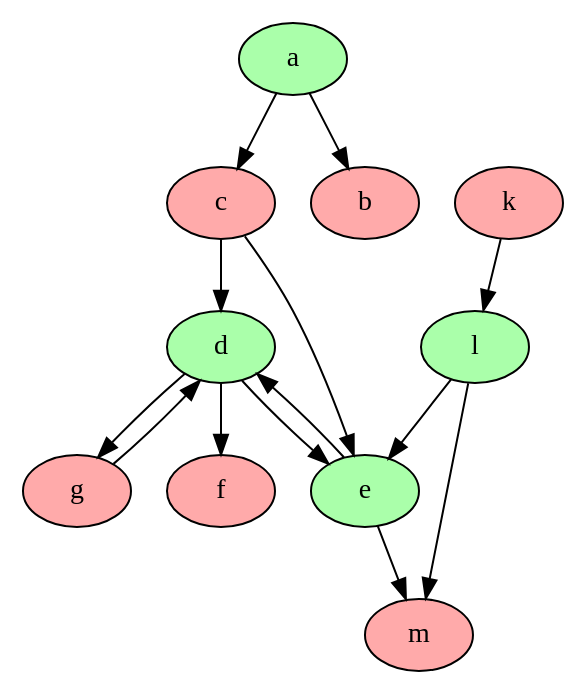
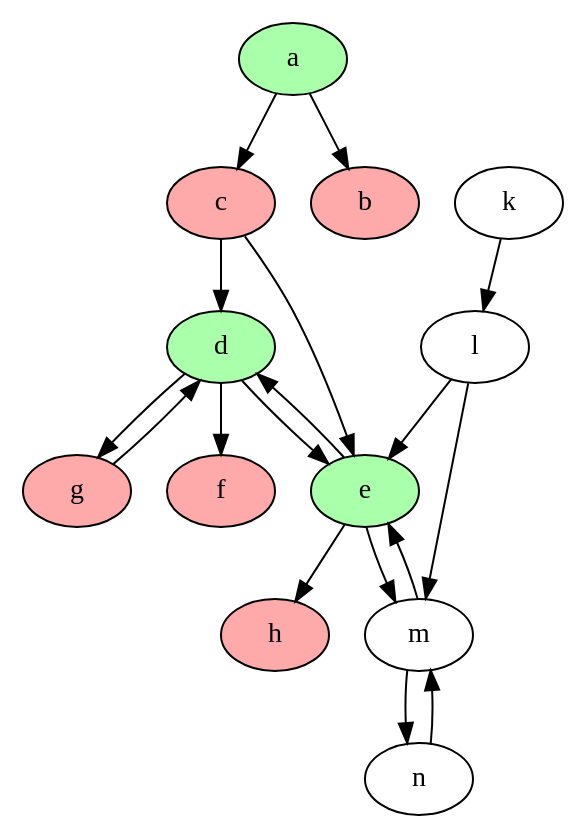
Before and after one commit to idaks/Games-and-Argumentation: the diagram in XLoKR-2023/2-Statelog_version/output/state_1.2_graph.dot, drawn with Graphviz. The commit also changed 14 other files, not shown here.

```diff
--- a/XLoKR-2023/2-Statelog_version/output/state_1.2_graph.dot
+++ b/XLoKR-2023/2-Statelog_version/output/state_1.2_graph.dot
@@ -1,35 +1,35 @@
 strict digraph "" {
 	a	[fillcolor="#AAFFAA",
 		style=filled];
 	b	[fillcolor="#FFAAAA",
 		style=filled];
 	a -> b	[dir=forward];
 	c	[fillcolor="#FFAAAA",
 		style=filled];
 	a -> c	[dir=forward];
 	d	[fillcolor="#AAFFAA",
 		style=filled];
 	c -> d	[dir=forward];
 	e	[fillcolor="#AAFFAA",
 		style=filled];
 	c -> e	[dir=forward];
-	k	[fillcolor="#FFAAAA",
-		style=filled];
-	l	[fillcolor="#AAFFAA",
-		style=filled];
 	k -> l	[dir=forward];
 	l -> e	[dir=forward];
-	m	[fillcolor="#FFAAAA",
-		style=filled];
 	l -> m	[dir=forward];
 	d -> e	[dir=forward];
 	f	[fillcolor="#FFAAAA",
 		style=filled];
 	d -> f	[dir=forward];
 	g	[fillcolor="#FFAAAA",
 		style=filled];
 	d -> g	[dir=forward];
 	e -> d	[dir=forward];
 	e -> m	[dir=forward];
+	h	[fillcolor="#FFAAAA",
+		style=filled];
+	e -> h	[dir=forward];
+	m -> e	[dir=forward];
+	m -> n	[dir=forward];
 	g -> d	[dir=forward];
+	n -> m	[dir=forward];
 }
```
